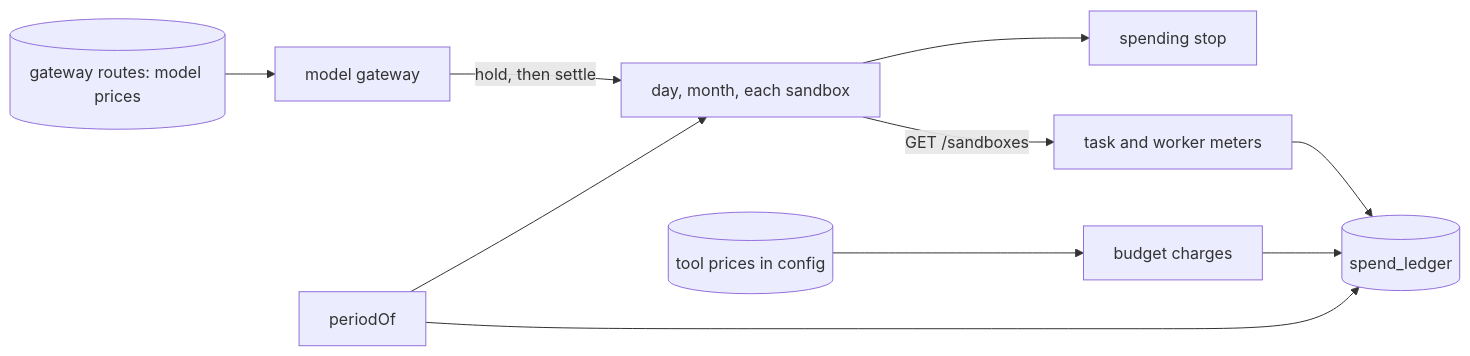
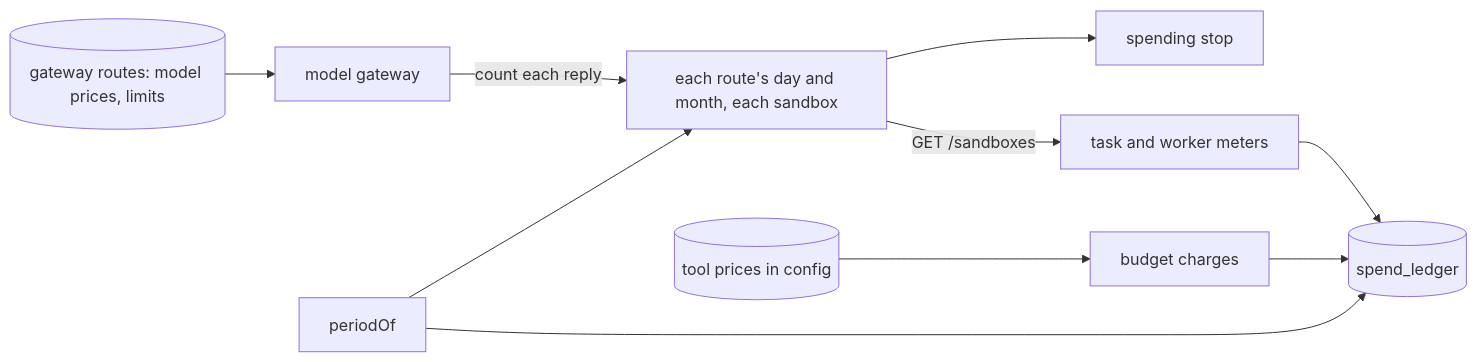
The diagram in docs/design/queue/metering.md (zgeoff/nixie), drawn with Mermaid before and after one commit. The commit also changed other lines of this file, not shown here.

````diff
--- a/docs/design/queue/metering.md
+++ b/docs/design/queue/metering.md
@@ -27,12 +28,12 @@
 ```mermaid
 flowchart LR
-  routes[(gateway routes: model prices)] --> gw[model gateway]
-  gw -->|"hold, then settle"| counts[day, month, each sandbox]
+  routes[(gateway routes: model prices, limits)] --> gw[model gateway]
+  gw -->|"count each reply"| counts[each route's day and month, each sandbox]
   counts --> stop[spending stop]
   counts -->|"GET /sandboxes"| meter[task and worker meters]
   tools[(tool prices in config)] --> charge[budget charges]
   meter --> ledger[(spend_ledger)]
   charge --> ledger
   helper[periodOf] --> counts
   helper --> ledger
 ```
````
